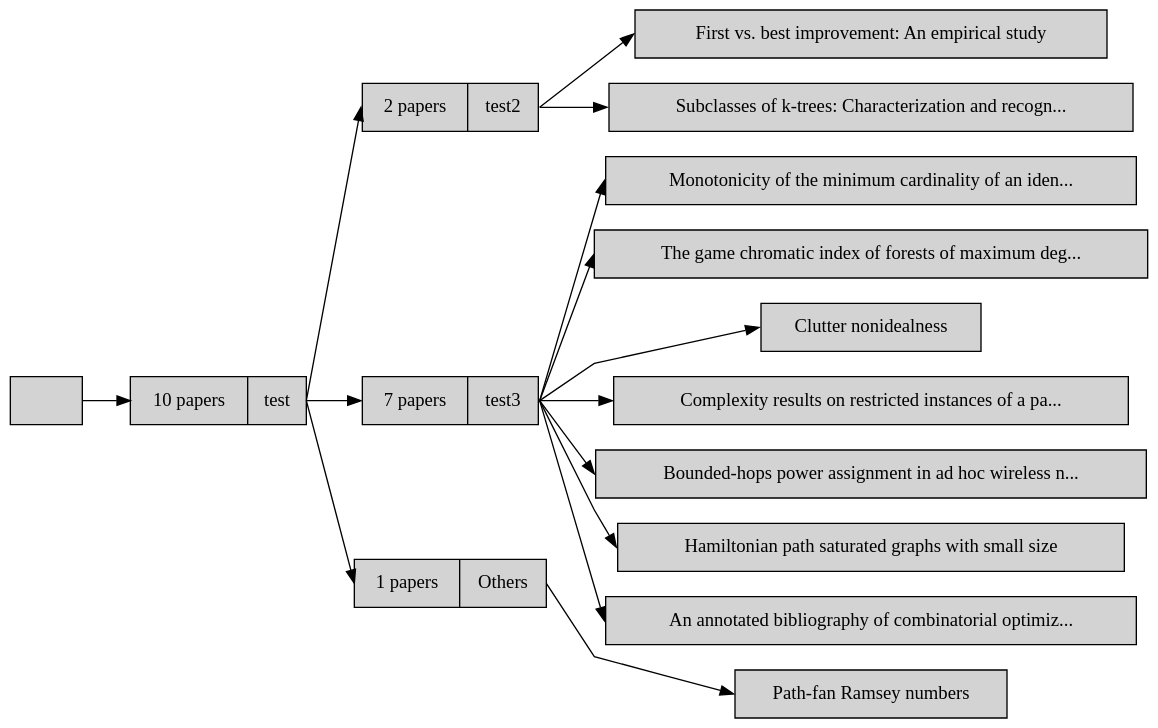
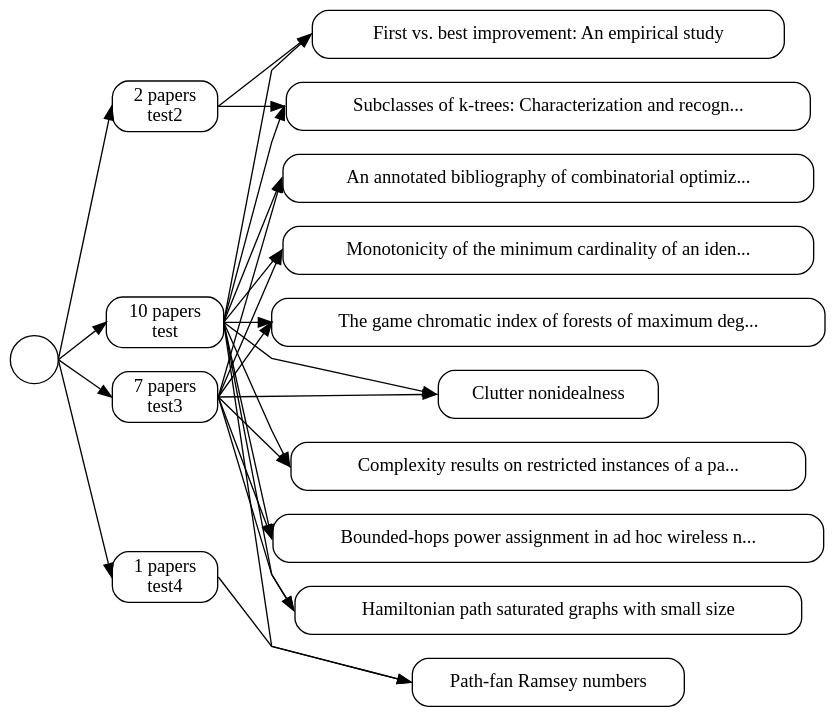
Before and after one commit to Rob174/BibliographyMaker: the diagram in backend/graph.dot, drawn with Graphviz. The commit also changed 14 other files, not shown here.

```diff
--- a/backend/graph.dot
+++ b/backend/graph.dot
@@ -1,37 +1,47 @@
 
     digraph G {
       rankdir=LR;
       bgcolor=transparent;
       graph [splines=polyline] 
-      node [shape=record, style=filled]
-      "a245c81e7de2f45229518d846b8aa307f" [label=" " id="a245c81e7de2f45229518d846b8aa307f"]
-"a377e826e43a14e3aaf81f673fb27e960" [label="{10 papers|test}" id="a377e826e43a14e3aaf81f673fb27e960"]
-"ae45a517e1fef41abbfdbccfc12f68ed0" [label="{2 papers|test2}" id="ae45a517e1fef41abbfdbccfc12f68ed0"]
-"a437bbfbfb80141208ac49b2ab6cb50db" [label="{7 papers|test3}" id="a437bbfbfb80141208ac49b2ab6cb50db"]
-"af95680f502f845d99f870b97a6e34186" [label="{1 papers|Others}" id="af95680f502f845d99f870b97a6e34186"]
+      node [shape=box, style=rounded]
+      "a245c81e7de2f45229518d846b8aa307f" [label="" id="a245c81e7de2f45229518d846b8aa307f" shape="circle"]
 "a522b40ada52d43739619f6e1bde0b389" [label="First vs. best improvement: An empirical study" id="a522b40ada52d43739619f6e1bde0b389"]
 "a83f19fc2f66f43acab71b6e7660d09a1" [label="Subclasses of k-trees: Characterization and recogn..." id="a83f19fc2f66f43acab71b6e7660d09a1"]
 "a9ed631762ce74dcca0c3bb60f00976b1" [label="Monotonicity of the minimum cardinality of an iden..." id="a9ed631762ce74dcca0c3bb60f00976b1"]
 "a5da8dd6a05834c7a8010029bcfcbe856" [label="The game chromatic index of forests of maximum deg..." id="a5da8dd6a05834c7a8010029bcfcbe856"]
 "ace11659c4b134252bd68167be9600ece" [label="Clutter nonidealness" id="ace11659c4b134252bd68167be9600ece"]
 "a40313d57e9bf443d8996eff19792ac44" [label="Complexity results on restricted instances of a pa..." id="a40313d57e9bf443d8996eff19792ac44"]
 "a63aff33df4d3457595711539cd765875" [label="Bounded-hops power assignment in ad hoc wireless n..." id="a63aff33df4d3457595711539cd765875"]
 "af588fec7a19d419bb45de6f47b9274d8" [label="Hamiltonian path saturated graphs with small size" id="af588fec7a19d419bb45de6f47b9274d8"]
 "a0727b23f98bd485d81edd0f383eace6d" [label="An annotated bibliography of combinatorial optimiz..." id="a0727b23f98bd485d81edd0f383eace6d"]
 "a3f6442b6db12407c907bf034ac05d2fa" [label="Path-fan Ramsey numbers" id="a3f6442b6db12407c907bf034ac05d2fa"]
-      "a245c81e7de2f45229518d846b8aa307f":w -> "a377e826e43a14e3aaf81f673fb27e960" [dir="forward" tailport="e" headport="w" id="a8d3823501a454c818f791e7753322edf"]
-"a377e826e43a14e3aaf81f673fb27e960":w -> "ae45a517e1fef41abbfdbccfc12f68ed0" [dir="forward" tailport="e" headport="w" id="acb1bd912710944fe9c3492425bf05d83"]
-"a377e826e43a14e3aaf81f673fb27e960":w -> "a437bbfbfb80141208ac49b2ab6cb50db" [dir="forward" tailport="e" headport="w" id="ad43a1ad1421842e5bcbd1bb4e37c8f4d"]
-"a377e826e43a14e3aaf81f673fb27e960":w -> "af95680f502f845d99f870b97a6e34186" [dir="forward" tailport="e" headport="w" id="a99c9b8f0851a46f399bf533eb2bcf846"]
-"ae45a517e1fef41abbfdbccfc12f68ed0":w -> "a522b40ada52d43739619f6e1bde0b389" [dir="forward" tailport="e" headport="w" id="a595d137d1b2d41af9ec45b18604c3902"]
-"ae45a517e1fef41abbfdbccfc12f68ed0":w -> "a83f19fc2f66f43acab71b6e7660d09a1" [dir="forward" tailport="e" headport="w" id="ac7be3d2adfa34c5cae4ab7e4e00745cd"]
-"a437bbfbfb80141208ac49b2ab6cb50db":w -> "a9ed631762ce74dcca0c3bb60f00976b1" [dir="forward" tailport="e" headport="w" id="a339a8a63abfc4806a160e81db26488d1"]
-"a437bbfbfb80141208ac49b2ab6cb50db":w -> "a5da8dd6a05834c7a8010029bcfcbe856" [dir="forward" tailport="e" headport="w" id="ab6d753ba50bc4e34b4f77207a2b68b65"]
-"a437bbfbfb80141208ac49b2ab6cb50db":w -> "ace11659c4b134252bd68167be9600ece" [dir="forward" tailport="e" headport="w" id="a02e1d17456ff457ab82f36abbccdcb22"]
-"a437bbfbfb80141208ac49b2ab6cb50db":w -> "a40313d57e9bf443d8996eff19792ac44" [dir="forward" tailport="e" headport="w" id="aa4e4f75390a64b788c3467383ba2fd2f"]
-"a437bbfbfb80141208ac49b2ab6cb50db":w -> "a63aff33df4d3457595711539cd765875" [dir="forward" tailport="e" headport="w" id="a4bb261262add452d97777ca420067fe0"]
-"a437bbfbfb80141208ac49b2ab6cb50db":w -> "af588fec7a19d419bb45de6f47b9274d8" [dir="forward" tailport="e" headport="w" id="a64e50622ad514758a8c26c2702e868fc"]
-"a437bbfbfb80141208ac49b2ab6cb50db":w -> "a0727b23f98bd485d81edd0f383eace6d" [dir="forward" tailport="e" headport="w" id="a9529a9a28ef14c44930497d470feb9e8"]
-"af95680f502f845d99f870b97a6e34186":w -> "a3f6442b6db12407c907bf034ac05d2fa" [dir="forward" tailport="e" headport="w" id="ae7d48faf9e6e48248c344c7557e21e48"]
+"a377e826e43a14e3aaf81f673fb27e960" [label="10 papers\ntest" id="a377e826e43a14e3aaf81f673fb27e960"]
+"ae45a517e1fef41abbfdbccfc12f68ed0" [label="2 papers\ntest2" id="ae45a517e1fef41abbfdbccfc12f68ed0"]
+"a437bbfbfb80141208ac49b2ab6cb50db" [label="7 papers\ntest3" id="a437bbfbfb80141208ac49b2ab6cb50db"]
+"a9a060391a47045dca3020f51e52ede04" [label="1 papers\ntest4" id="a9a060391a47045dca3020f51e52ede04"]
+      "a245c81e7de2f45229518d846b8aa307f":w -> "a377e826e43a14e3aaf81f673fb27e960" [dir="forward" tailport="e" headport="w" id="ae1fc04d7af194acab9b1ebc8922264e6"]
+"a245c81e7de2f45229518d846b8aa307f":w -> "ae45a517e1fef41abbfdbccfc12f68ed0" [dir="forward" tailport="e" headport="w" id="a58deeb9e96d34f109a3bc62fcfc65867"]
+"a245c81e7de2f45229518d846b8aa307f":w -> "a437bbfbfb80141208ac49b2ab6cb50db" [dir="forward" tailport="e" headport="w" id="a34700dcc6b684493981815e3a4c87543"]
+"a245c81e7de2f45229518d846b8aa307f":w -> "a9a060391a47045dca3020f51e52ede04" [dir="forward" tailport="e" headport="w" id="ac8acfffd0c374f3c89df4edb29f052f2"]
+"a377e826e43a14e3aaf81f673fb27e960":w -> "a522b40ada52d43739619f6e1bde0b389" [dir="forward" tailport="e" headport="w" id="a8d3823501a454c818f791e7753322edf"]
+"a377e826e43a14e3aaf81f673fb27e960":w -> "a83f19fc2f66f43acab71b6e7660d09a1" [dir="forward" tailport="e" headport="w" id="acb1bd912710944fe9c3492425bf05d83"]
+"a377e826e43a14e3aaf81f673fb27e960":w -> "a9ed631762ce74dcca0c3bb60f00976b1" [dir="forward" tailport="e" headport="w" id="a595d137d1b2d41af9ec45b18604c3902"]
+"a377e826e43a14e3aaf81f673fb27e960":w -> "a5da8dd6a05834c7a8010029bcfcbe856" [dir="forward" tailport="e" headport="w" id="ac7be3d2adfa34c5cae4ab7e4e00745cd"]
+"a377e826e43a14e3aaf81f673fb27e960":w -> "ace11659c4b134252bd68167be9600ece" [dir="forward" tailport="e" headport="w" id="ad43a1ad1421842e5bcbd1bb4e37c8f4d"]
+"a377e826e43a14e3aaf81f673fb27e960":w -> "a40313d57e9bf443d8996eff19792ac44" [dir="forward" tailport="e" headport="w" id="a339a8a63abfc4806a160e81db26488d1"]
+"a377e826e43a14e3aaf81f673fb27e960":w -> "a63aff33df4d3457595711539cd765875" [dir="forward" tailport="e" headport="w" id="ab6d753ba50bc4e34b4f77207a2b68b65"]
+"a377e826e43a14e3aaf81f673fb27e960":w -> "af588fec7a19d419bb45de6f47b9274d8" [dir="forward" tailport="e" headport="w" id="a02e1d17456ff457ab82f36abbccdcb22"]
+"a377e826e43a14e3aaf81f673fb27e960":w -> "a0727b23f98bd485d81edd0f383eace6d" [dir="forward" tailport="e" headport="w" id="aa4e4f75390a64b788c3467383ba2fd2f"]
+"a377e826e43a14e3aaf81f673fb27e960":w -> "a3f6442b6db12407c907bf034ac05d2fa" [dir="forward" tailport="e" headport="w" id="a4bb261262add452d97777ca420067fe0"]
+"ae45a517e1fef41abbfdbccfc12f68ed0":w -> "a522b40ada52d43739619f6e1bde0b389" [dir="forward" tailport="e" headport="w" id="a64e50622ad514758a8c26c2702e868fc"]
+"ae45a517e1fef41abbfdbccfc12f68ed0":w -> "a83f19fc2f66f43acab71b6e7660d09a1" [dir="forward" tailport="e" headport="w" id="a9529a9a28ef14c44930497d470feb9e8"]
+"a437bbfbfb80141208ac49b2ab6cb50db":w -> "a9ed631762ce74dcca0c3bb60f00976b1" [dir="forward" tailport="e" headport="w" id="af95680f502f845d99f870b97a6e34186"]
+"a437bbfbfb80141208ac49b2ab6cb50db":w -> "a5da8dd6a05834c7a8010029bcfcbe856" [dir="forward" tailport="e" headport="w" id="ae7d48faf9e6e48248c344c7557e21e48"]
+"a437bbfbfb80141208ac49b2ab6cb50db":w -> "ace11659c4b134252bd68167be9600ece" [dir="forward" tailport="e" headport="w" id="a99c9b8f0851a46f399bf533eb2bcf846"]
+"a437bbfbfb80141208ac49b2ab6cb50db":w -> "a40313d57e9bf443d8996eff19792ac44" [dir="forward" tailport="e" headport="w" id="ab0bfac77dc6d4b6c8abfc5657a730280"]
+"a437bbfbfb80141208ac49b2ab6cb50db":w -> "a63aff33df4d3457595711539cd765875" [dir="forward" tailport="e" headport="w" id="a91eb10a7345846a8990d8bba4fbc803f"]
+"a437bbfbfb80141208ac49b2ab6cb50db":w -> "af588fec7a19d419bb45de6f47b9274d8" [dir="forward" tailport="e" headport="w" id="a36ee12efa1c141c0b787d53cc6851dd2"]
+"a437bbfbfb80141208ac49b2ab6cb50db":w -> "a0727b23f98bd485d81edd0f383eace6d" [dir="forward" tailport="e" headport="w" id="a638dc51623a5462ba1650cb1c5000ae4"]
+"a9a060391a47045dca3020f51e52ede04":w -> "a3f6442b6db12407c907bf034ac05d2fa" [dir="forward" tailport="e" headport="w" id="ad126aac338e240bcb4db70a1f5fbd0e0"]
       {rank=same; "a522b40ada52d43739619f6e1bde0b389" "a83f19fc2f66f43acab71b6e7660d09a1" "a9ed631762ce74dcca0c3bb60f00976b1" "a5da8dd6a05834c7a8010029bcfcbe856" "ace11659c4b134252bd68167be9600ece" "a40313d57e9bf443d8996eff19792ac44" "a63aff33df4d3457595711539cd765875" "af588fec7a19d419bb45de6f47b9274d8" "a0727b23f98bd485d81edd0f383eace6d" "a3f6442b6db12407c907bf034ac05d2fa";}
     }
```
